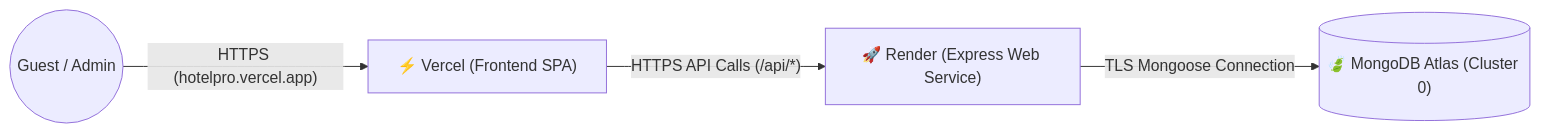
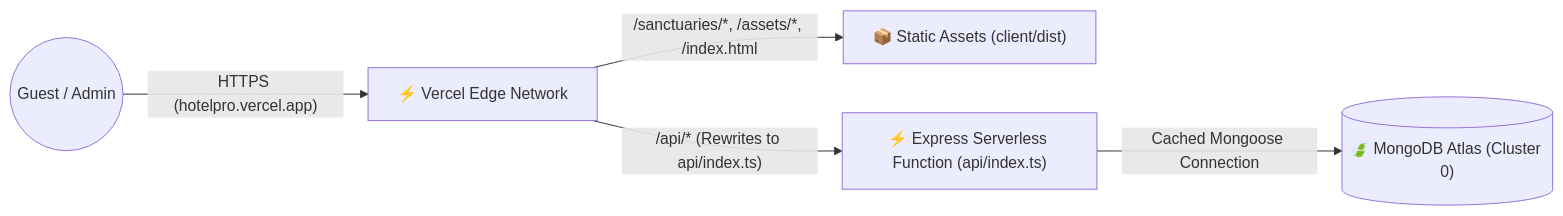
The fourth of 4 diagrams in README.md (KKU022/HotelPro), drawn with Mermaid before and after one commit. The commit also changed other lines of this file and 11 other files, not shown here.

````diff
--- a/README.md
+++ b/README.md
@@ -417,6 +417,7 @@
 ```mermaid
 graph LR
-    User((Guest / Admin)) -->|"HTTPS (hotelpro.vercel.app)"| Vercel["⚡ Vercel (Frontend SPA)"]
-    Vercel -->|"HTTPS API Calls (/api/*)"| Render["🚀 Render (Express Web Service)"]
-    Render -->|"TLS Mongoose Connection"| Atlas[("🍃 MongoDB Atlas (Cluster 0)")]
+    User((Guest / Admin)) -->|"HTTPS (hotelpro.vercel.app)"| VercelEdge["⚡ Vercel Edge Network"]
+    VercelEdge -->|"/sanctuaries/*, /assets/*, /index.html"| StaticCDN["📦 Static Assets (client/dist)"]
+    VercelEdge -->|"/api/* (Rewrites to api/index.ts)"| Serverless["⚡ Express Serverless Function (api/index.ts)"]
+    Serverless -->|"Cached Mongoose Connection"| Atlas[("🍃 MongoDB Atlas (Cluster 0)")]
 ```
````
